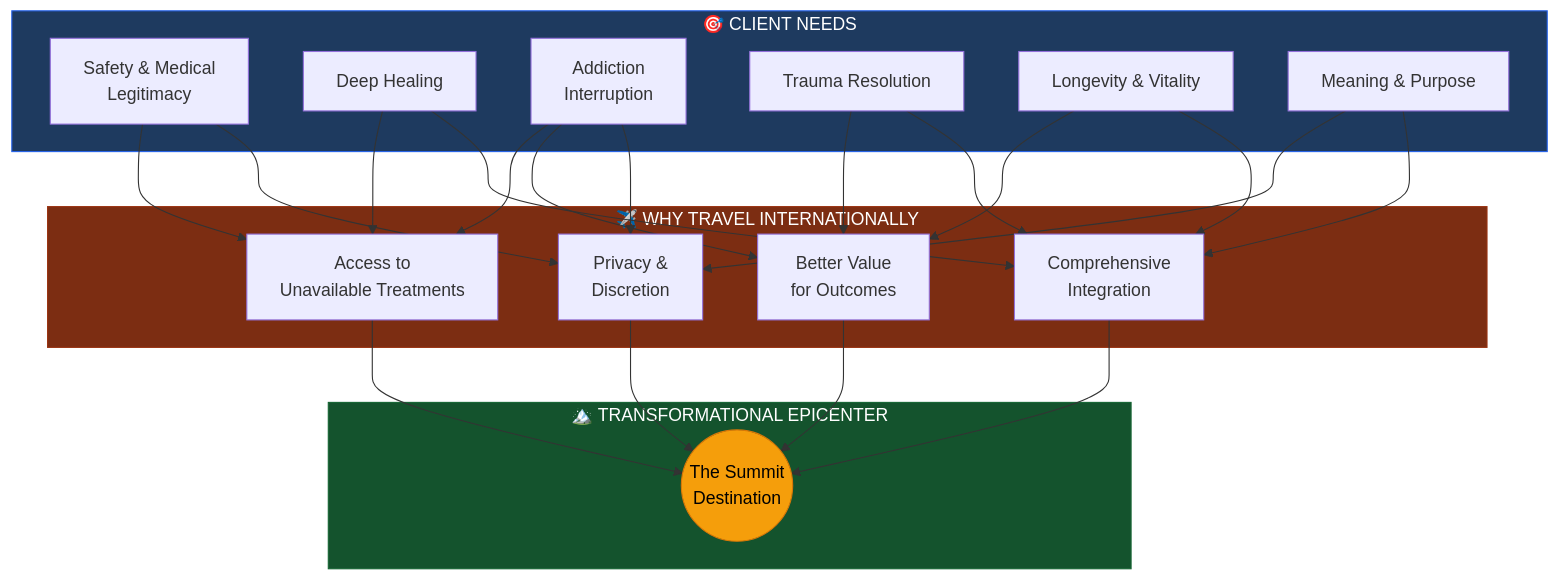
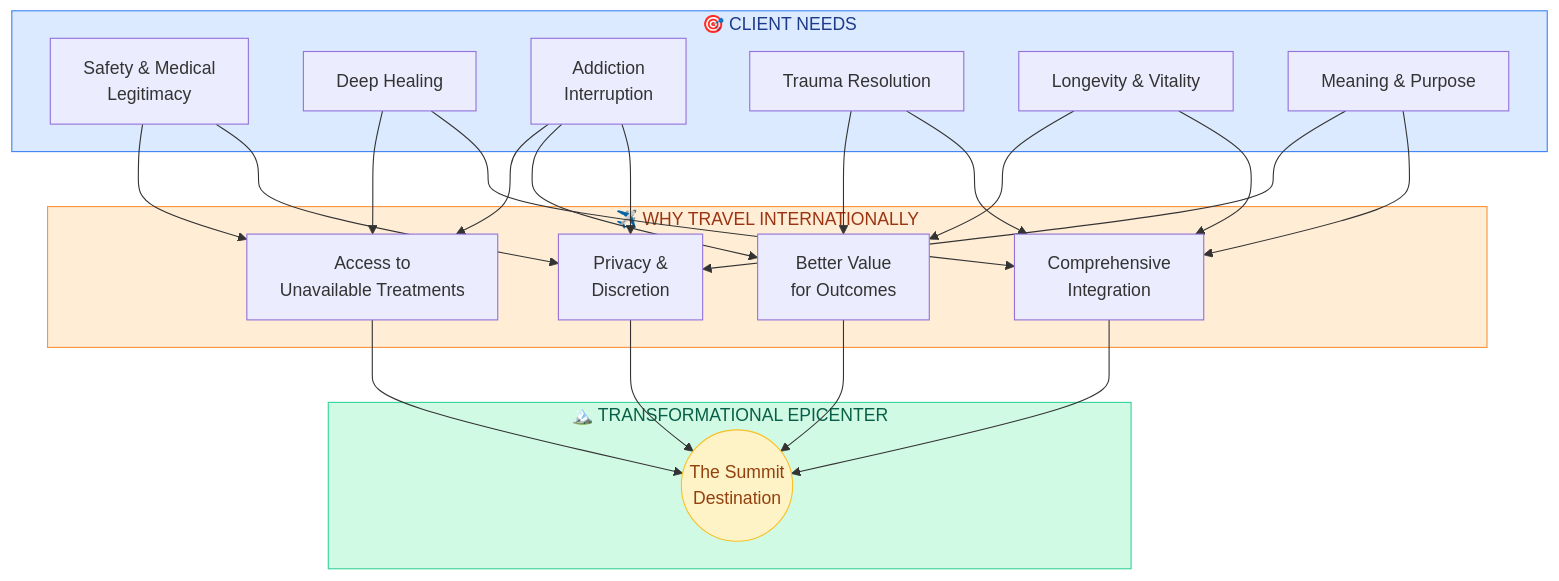
The seventh of 13 diagrams in docs/MARKET_RESEARCH.md (Light-Brands/epic-center), drawn with Mermaid before and after one commit. The commit also changed other lines of this file, not shown here.

First line of the commit message:
docs: Update mermaid diagram colors to softer palette

````diff
--- a/docs/MARKET_RESEARCH.md
+++ b/docs/MARKET_RESEARCH.md
@@ -403,34 +403,34 @@
 ```mermaid
 flowchart TB
     subgraph CLIENT["🎯 CLIENT NEEDS"]
         N1[Safety & Medical<br/>Legitimacy]
         N2[Deep Healing]
         N3[Addiction<br/>Interruption]
         N4[Trauma Resolution]
         N5[Longevity & Vitality]
         N6[Meaning & Purpose]
     end
 
     subgraph DRIVERS["✈️ WHY TRAVEL INTERNATIONALLY"]
         D1[Access to<br/>Unavailable Treatments]
         D2[Better Value<br/>for Outcomes]
         D3[Privacy &<br/>Discretion]
         D4[Comprehensive<br/>Integration]
     end
 
     subgraph DESTINATION["🏔️ TRANSFORMATIONAL EPICENTER"]
         TE((The Summit<br/>Destination))
     end
 
     N1 & N2 & N3 --> D1
     N3 & N4 & N5 --> D2
     N1 & N3 & N6 --> D3
     N2 & N4 & N5 & N6 --> D4
 
     D1 & D2 & D3 & D4 --> TE
 
-    style CLIENT fill:#1e3a5f,stroke:#2563eb,color:#fff
-    style DRIVERS fill:#7c2d12,stroke:#9a3412,color:#fff
-    style DESTINATION fill:#14532d,stroke:#166534,color:#fff
-    style TE fill:#f59e0b,stroke:#d97706,color:#000
+    style CLIENT fill:#dbeafe,stroke:#3b82f6,color:#1e3a8a
+    style DRIVERS fill:#ffedd5,stroke:#fb923c,color:#9a3412
+    style DESTINATION fill:#d1fae5,stroke:#34d399,color:#065f46
+    style TE fill:#fef3c7,stroke:#fbbf24,color:#92400e
 ```
````
